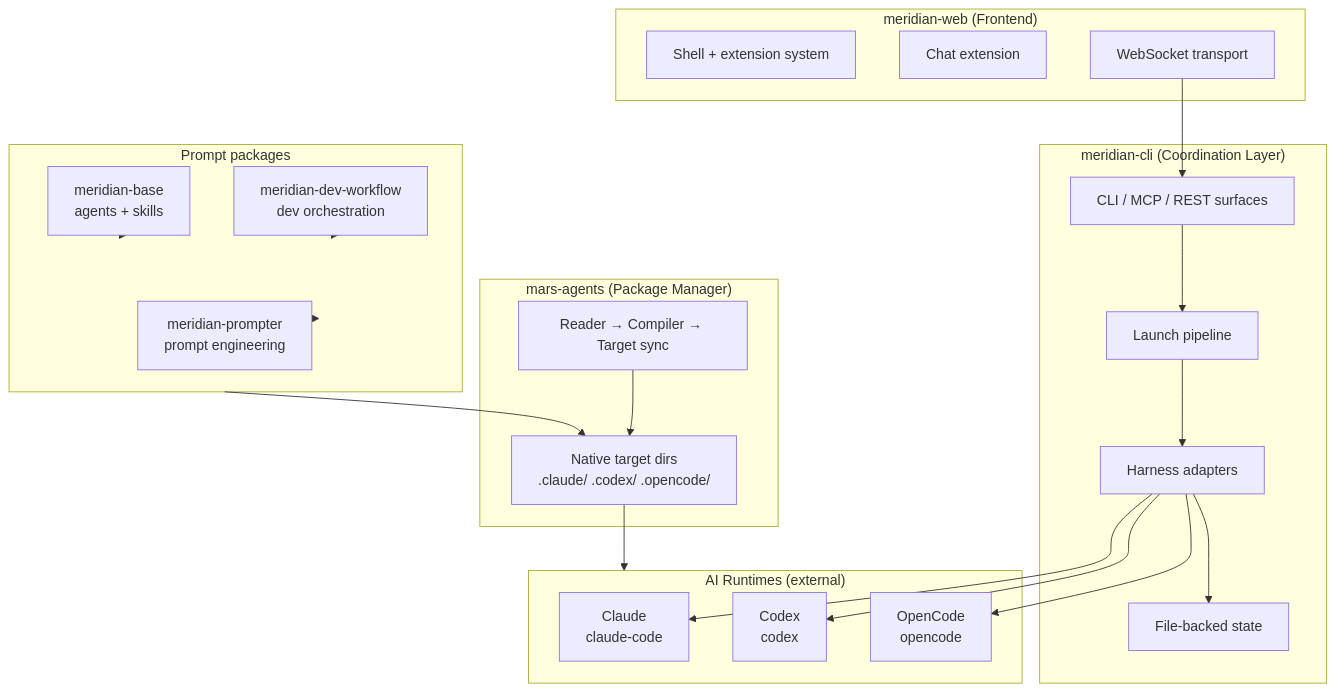
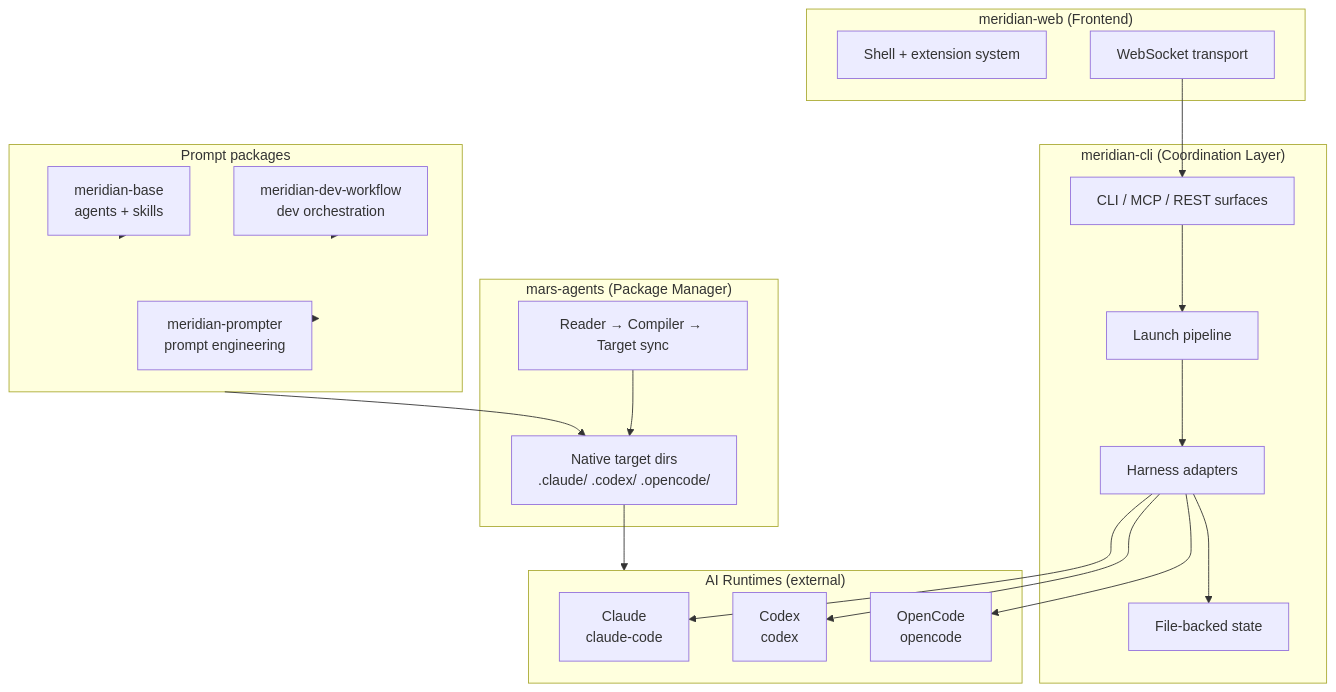
The first of 3 diagrams in kb/overview.md (haowjy/meridian-cli-kb), drawn with Mermaid before and after one commit. The commit also changed other lines of this file and 1 other file, not shown here.

First line of the commit message:
docs: remove chat references after meridian chat deletion

````diff
--- a/kb/overview.md
+++ b/kb/overview.md
@@ -27,44 +27,43 @@
 ```mermaid
 graph TD
     subgraph Coordination ["meridian-cli (Coordination Layer)"]
         CLI[CLI / MCP / REST surfaces]
         LAUNCH[Launch pipeline]
         STATE[File-backed state]
         HARNESS[Harness adapters]
     end
 
     subgraph Packages ["mars-agents (Package Manager)"]
         MARS[Reader → Compiler → Target sync]
         TARGETS[Native target dirs<br/>.claude/ .codex/ .opencode/]
     end
 
     subgraph Web ["meridian-web (Frontend)"]
         SHELL[Shell + extension system]
-        CHAT[Chat extension]
         WS[WebSocket transport]
     end
 
     subgraph Prompts ["Prompt packages"]
         BASE[meridian-base<br/>agents + skills]
         DEV[meridian-dev-workflow<br/>dev orchestration]
         PROMPTER[meridian-prompter<br/>prompt engineering]
     end
 
     subgraph Runtimes ["AI Runtimes (external)"]
         CLAUDE[Claude<br/>claude-code]
         CODEX[Codex<br/>codex]
         OPENCODE[OpenCode<br/>opencode]
     end
 
     CLI --> LAUNCH
     LAUNCH --> HARNESS
     HARNESS --> CLAUDE & CODEX & OPENCODE
     HARNESS --> STATE
     MARS --> TARGETS
     TARGETS --> Runtimes
     BASE --> Prompts
     DEV --> Prompts
     PROMPTER --> Prompts
     Prompts --> TARGETS
     WS --> CLI
 ```
````
